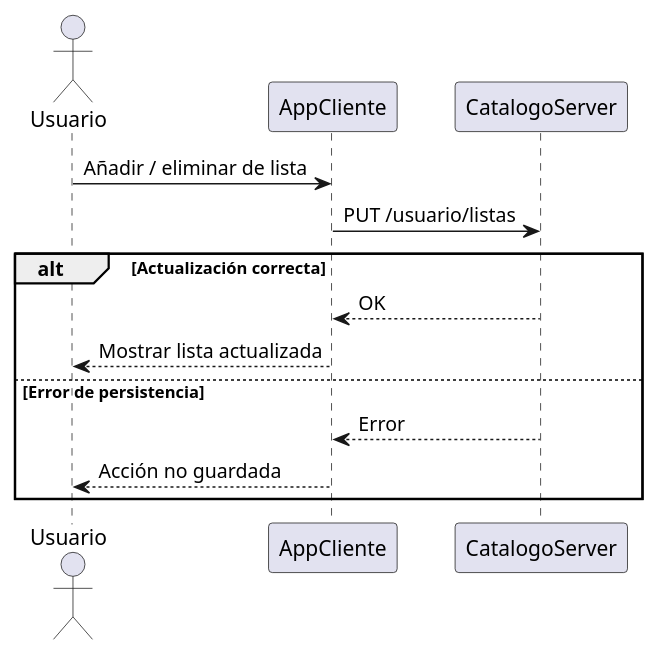
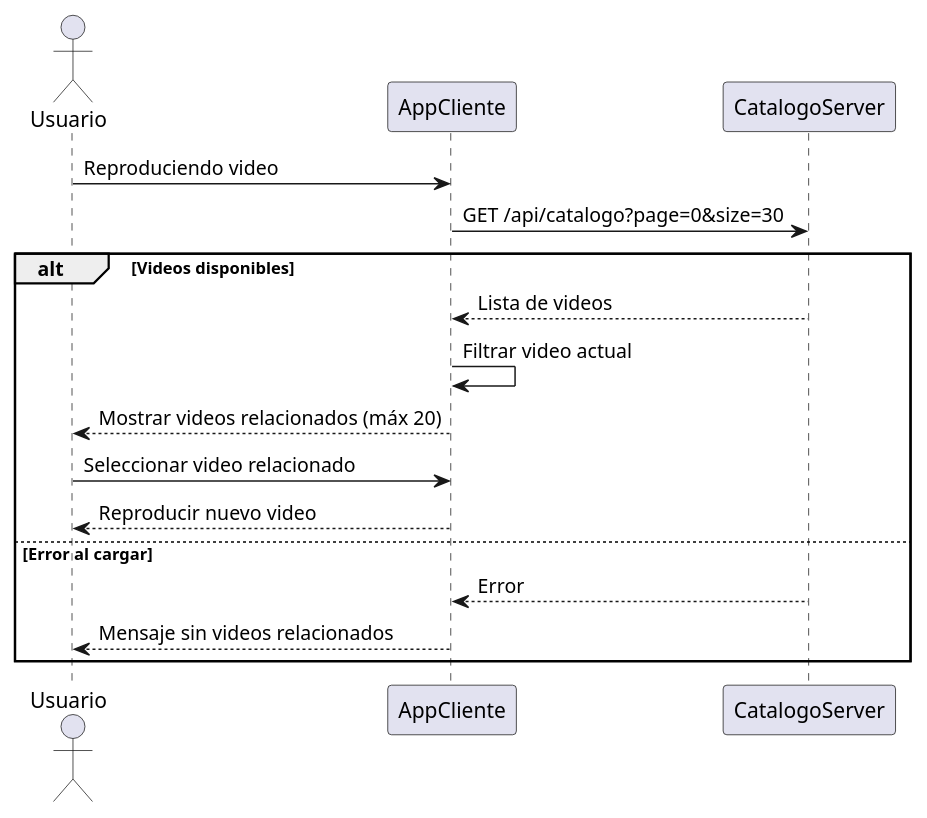
Before and after one commit to ComfyPenguin/Bloste-Docs: the eighth of 9 diagrams in docs/frontend/video_reproductor.md, drawn with PlantUML. The commit also changed other lines of this file and 1 other file, not shown here.

First line of the commit message:
Update video_reproductor.md to reflect blosteflix2 Flutter architecture (#2)

````diff
--- a/docs/frontend/video_reproductor.md
+++ b/docs/frontend/video_reproductor.md
@@ -191,17 +274,22 @@
 ```plantuml
 @startuml
 actor Usuario
 participant AppCliente
 participant CatalogoServer
 
-Usuario -> AppCliente : Añadir / eliminar de lista
-AppCliente -> CatalogoServer : PUT /usuario/listas
-alt Actualización correcta
-    CatalogoServer --> AppCliente : OK
-    AppCliente --> Usuario : Mostrar lista actualizada
-else Error de persistencia
+Usuario -> AppCliente : Reproduciendo video
+AppCliente -> CatalogoServer : GET /api/catalogo?page=0&size=30
+alt Videos disponibles
+    CatalogoServer --> AppCliente : Lista de videos
+    AppCliente -> AppCliente : Filtrar video actual
+    AppCliente --> Usuario : Mostrar videos relacionados (máx 20)
+    
+    Usuario -> AppCliente : Seleccionar video relacionado
+    AppCliente --> Usuario : Reproducir nuevo video
+else Error al cargar
     CatalogoServer --> AppCliente : Error
-    AppCliente --> Usuario : Acción no guardada
+    AppCliente --> Usuario : Mensaje sin videos relacionados
 end
 @enduml
+
 ```
````
